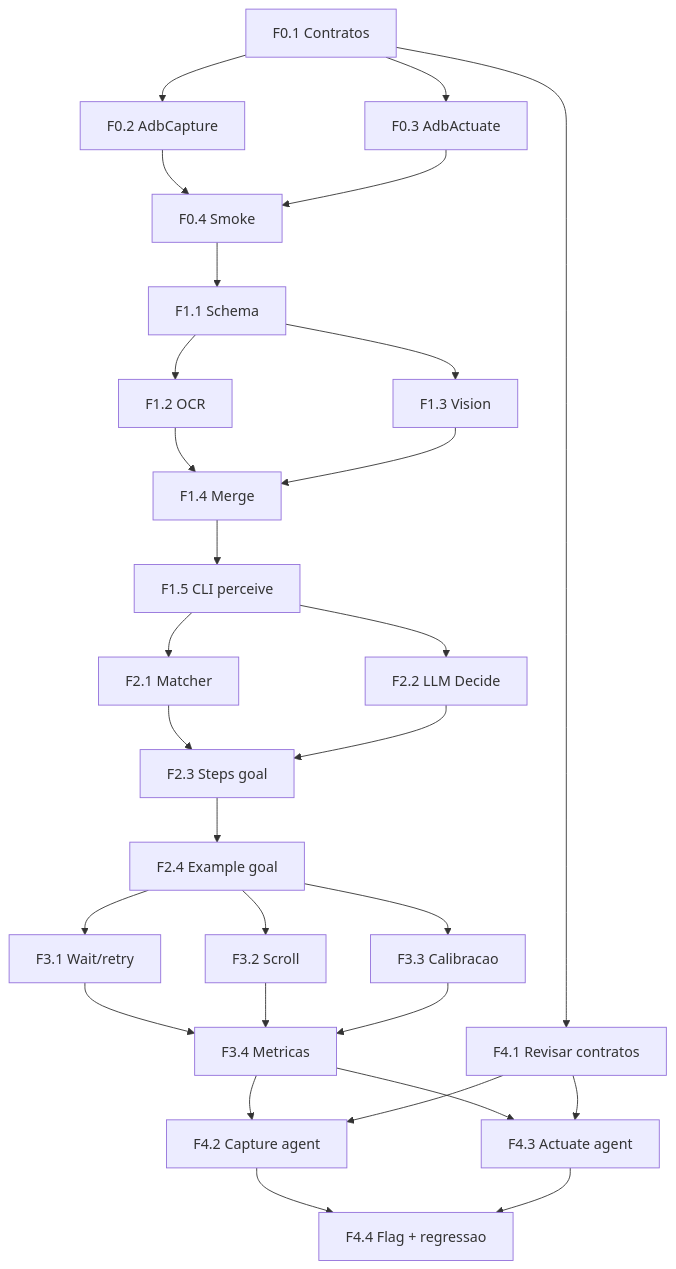
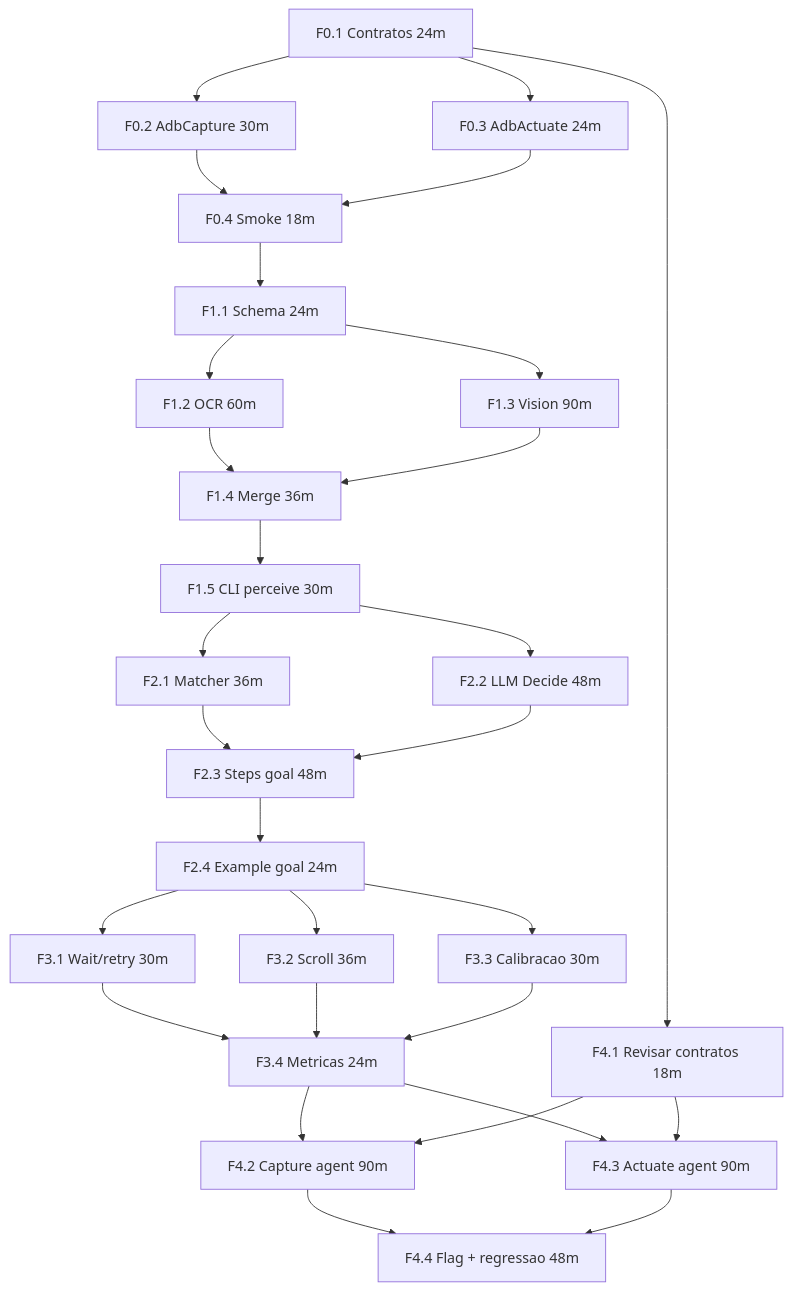
One commit to laerciogermano/workstation changed the first of 3 diagrams in board.md. Above: the diagram before and after it, drawn with Mermaid. The commit also changed other lines of this file, not shown here.

````diff
--- a/board.md
+++ b/board.md
@@ -16,52 +16,52 @@
 ```mermaid
 flowchart TD
-  F01[F0.1 Contratos]
-  F02[F0.2 AdbCapture]
-  F03[F0.3 AdbActuate]
-  F04[F0.4 Smoke]
-  F11[F1.1 Schema]
-  F12[F1.2 OCR]
-  F13[F1.3 Vision]
-  F14[F1.4 Merge]
-  F15[F1.5 CLI perceive]
-  F21[F2.1 Matcher]
-  F22[F2.2 LLM Decide]
-  F23[F2.3 Steps goal]
-  F24[F2.4 Example goal]
-  F31[F3.1 Wait/retry]
-  F32[F3.2 Scroll]
-  F33[F3.3 Calibracao]
-  F34[F3.4 Metricas]
-  F41[F4.1 Revisar contratos]
-  F42[F4.2 Capture agent]
-  F43[F4.3 Actuate agent]
-  F44[F4.4 Flag + regressao]
+  F01[F0.1 Contratos 24m]
+  F02[F0.2 AdbCapture 30m]
+  F03[F0.3 AdbActuate 24m]
+  F04[F0.4 Smoke 18m]
+  F11[F1.1 Schema 24m]
+  F12[F1.2 OCR 60m]
+  F13[F1.3 Vision 90m]
+  F14[F1.4 Merge 36m]
+  F15[F1.5 CLI perceive 30m]
+  F21[F2.1 Matcher 36m]
+  F22[F2.2 LLM Decide 48m]
+  F23[F2.3 Steps goal 48m]
+  F24[F2.4 Example goal 24m]
+  F31[F3.1 Wait/retry 30m]
+  F32[F3.2 Scroll 36m]
+  F33[F3.3 Calibracao 30m]
+  F34[F3.4 Metricas 24m]
+  F41[F4.1 Revisar contratos 18m]
+  F42[F4.2 Capture agent 90m]
+  F43[F4.3 Actuate agent 90m]
+  F44[F4.4 Flag + regressao 48m]
   F01 --> F02
   F01 --> F03
   F02 --> F04
   F03 --> F04
   F04 --> F11
   F11 --> F12
   F11 --> F13
   F12 --> F14
   F13 --> F14
   F14 --> F15
   F15 --> F21
   F15 --> F22
   F21 --> F23
   F22 --> F23
   F23 --> F24
   F24 --> F31
   F24 --> F32
   F24 --> F33
   F31 --> F34
   F32 --> F34
   F33 --> F34
   F01 --> F41
   F34 --> F42
   F34 --> F43
   F41 --> F42
   F41 --> F43
   F42 --> F44
   F43 --> F44
 ```
````
